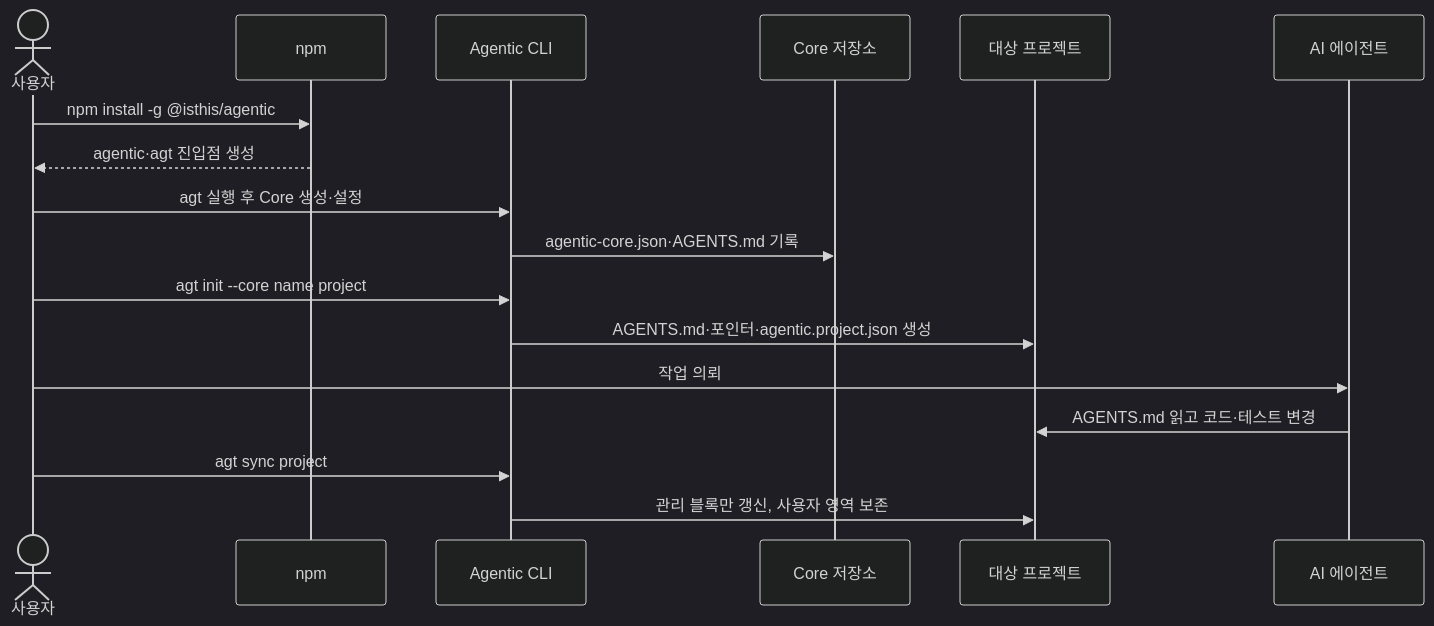
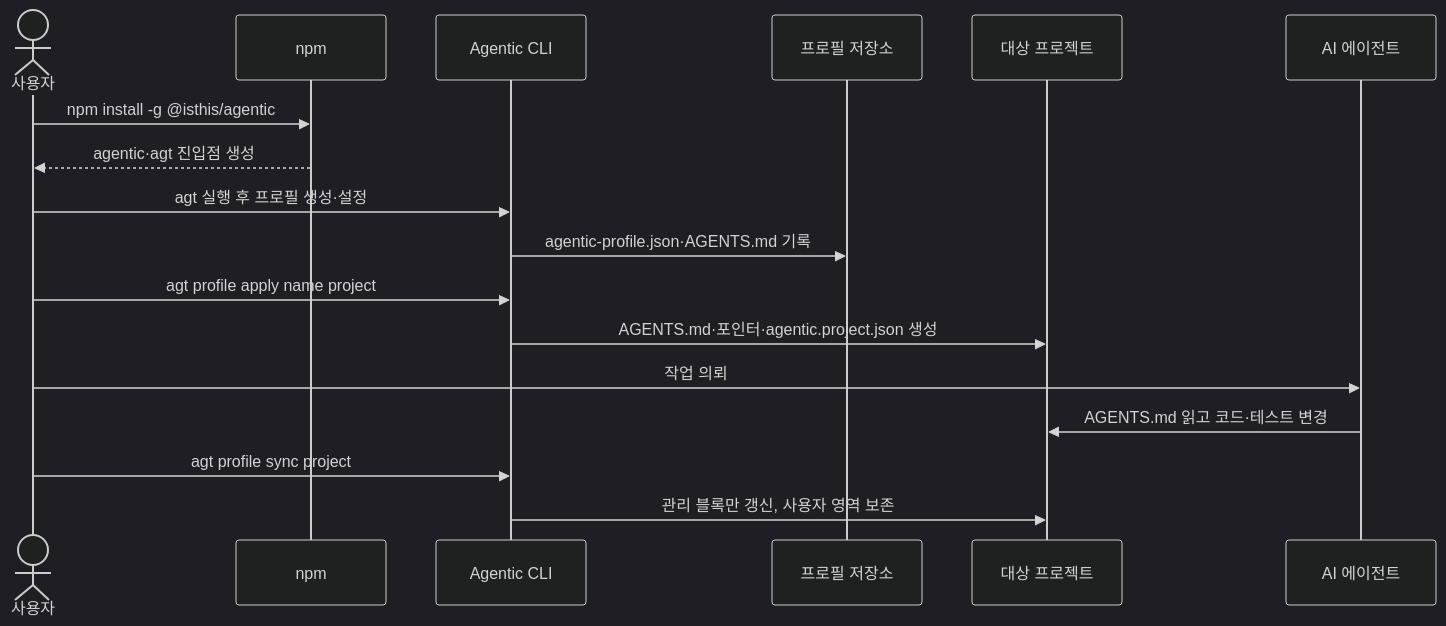
The fifth of 5 diagrams in docs/implementation-principles.md (IsthisLee/agent-context-manager), drawn with Mermaid (dark theme) before and after one commit. The commit also changed other lines of this file and 40 other files, not shown here.

First line of the commit message:
feat!: Core를 Guidance Profile로 개명하고 profile apply/sync 분리

````diff
--- a/docs/implementation-principles.md
+++ b/docs/implementation-principles.md
@@ -524,19 +524,19 @@
 ```mermaid
 sequenceDiagram
   actor U as 사용자
   participant N as npm
   participant C as Agentic CLI
-  participant K as Core 저장소
+  participant K as 프로필 저장소
   participant P as 대상 프로젝트
   participant A as AI 에이전트
   U->>N: npm install -g @isthis/agentic
   N-->>U: agentic·agt 진입점 생성
-  U->>C: agt 실행 후 Core 생성·설정
-  C->>K: agentic-core.json·AGENTS.md 기록
-  U->>C: agt init --core name project
+  U->>C: agt 실행 후 프로필 생성·설정
+  C->>K: agentic-profile.json·AGENTS.md 기록
+  U->>C: agt profile apply name project
   C->>P: AGENTS.md·포인터·agentic.project.json 생성
   U->>A: 작업 의뢰
   A->>P: AGENTS.md 읽고 코드·테스트 변경
-  U->>C: agt sync project
+  U->>C: agt profile sync project
   C->>P: 관리 블록만 갱신, 사용자 영역 보존
 ```
````
